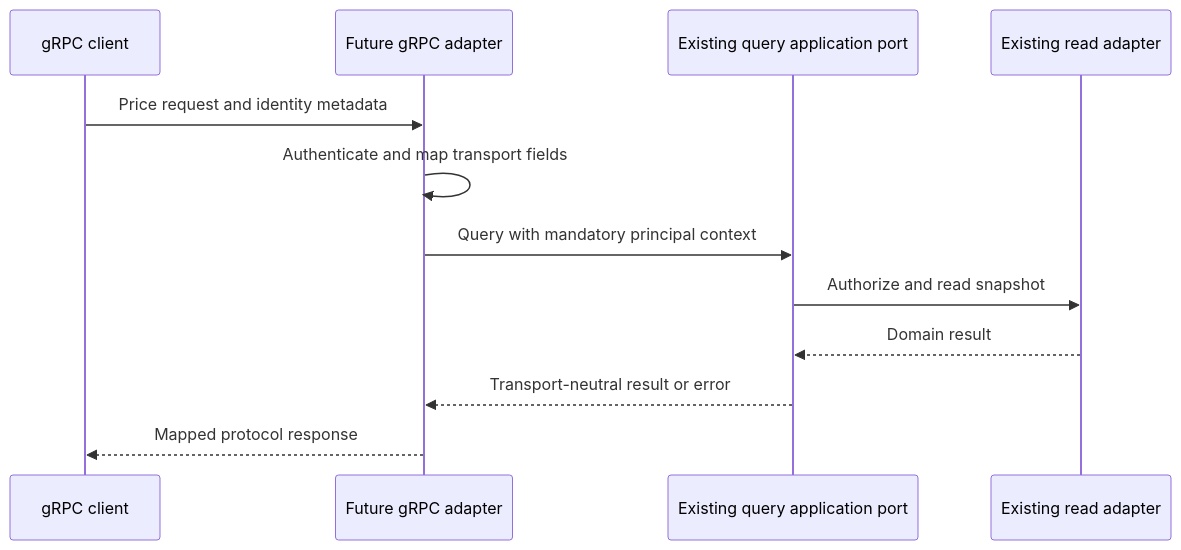
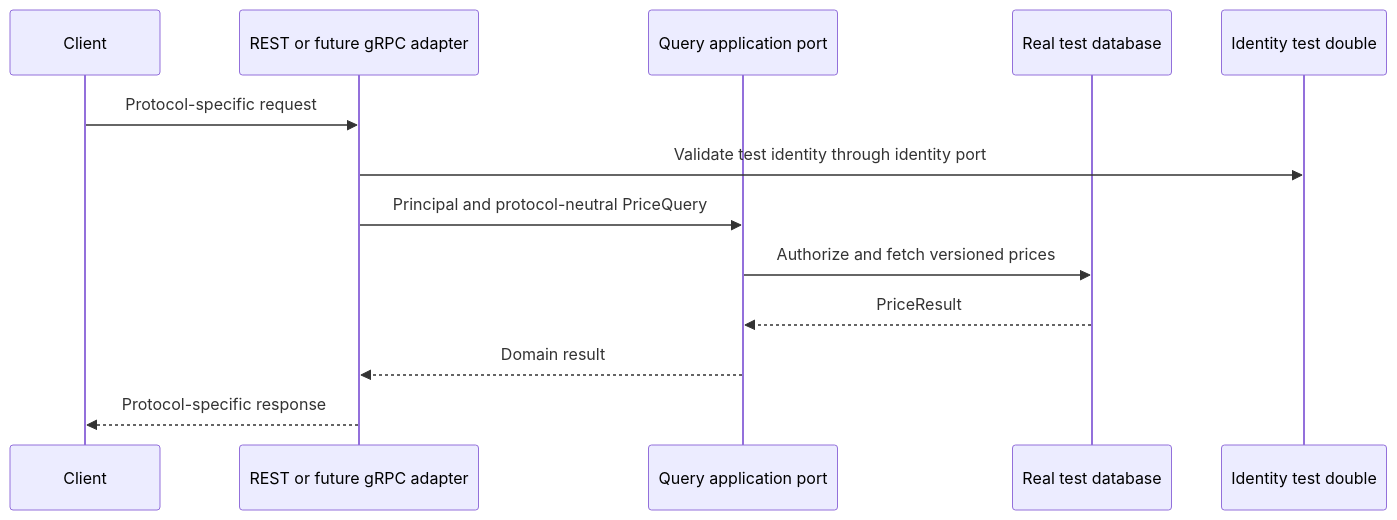
One commit to yoona96/ADD_Codex changed diagram 12 of 13 in HPS/design/architecture.md. Above: the diagram before and after it, drawn with Mermaid. The commit also changed other lines of this file and 13 other files, not shown here.

````diff
--- a/HPS/design/architecture.md
+++ b/HPS/design/architecture.md
@@ -458,14 +380,15 @@
 ```mermaid
 sequenceDiagram
-    participant Client as gRPC client
-    participant Adapter as Future gRPC adapter
-    participant Port as Existing query application port
-    participant Store as Existing read adapter
-    Client->>Adapter: Price request and identity metadata
-    Adapter->>Adapter: Authenticate and map transport fields
-    Adapter->>Port: Query with mandatory principal context
-    Port->>Store: Authorize and read snapshot
-    Store-->>Port: Domain result
-    Port-->>Adapter: Transport-neutral result or error
-    Adapter-->>Client: Mapped protocol response
+    participant Client
+    participant Adapter as REST or future gRPC adapter
+    participant Core as Query application port
+    participant Store as Real test database
+    participant Double as Identity test double
+    Client->>Adapter: Protocol-specific request
+    Adapter->>Double: Validate test identity through identity port
+    Adapter->>Core: Principal and protocol-neutral PriceQuery
+    Core->>Store: Authorize and fetch versioned prices
+    Store-->>Core: PriceResult
+    Core-->>Adapter: Domain result
+    Adapter-->>Client: Protocol-specific response
 ```
````
